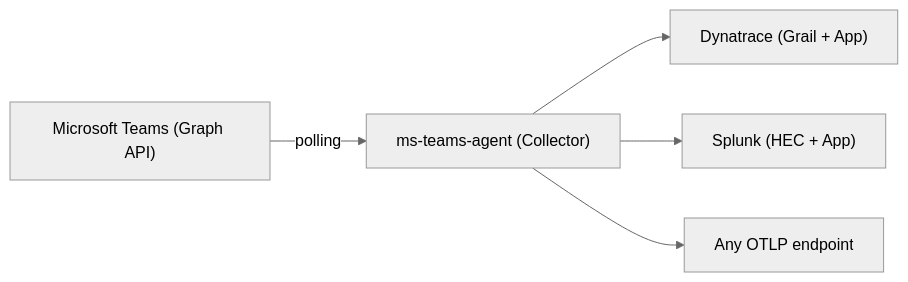
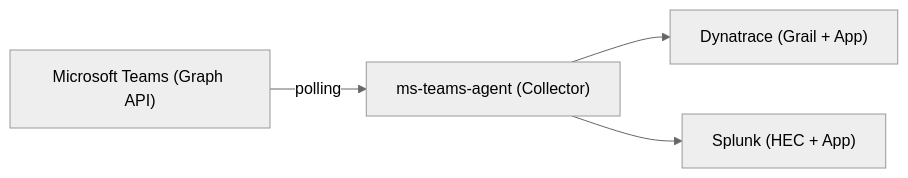
Before and after one commit to Phenisys/microsoft-teams-observability-documentation: the diagram in src/content/docs/getting-started/overview.mdx, drawn with Mermaid (neutral theme). The commit also changed other lines of this file and 35 other files, not shown here.

````diff
--- a/src/content/docs/getting-started/overview.mdx
+++ b/src/content/docs/getting-started/overview.mdx
@@ -15,7 +15,6 @@
 ```mermaid
 graph LR
     A["Microsoft Teams (Graph API)"] -->|polling| B["ms-teams-agent (Collector)"]
     B --> C["Dynatrace (Grail + App)"]
     B --> D["Splunk (HEC + App)"]
-    B --> E["Any OTLP endpoint"]
 ```
````
